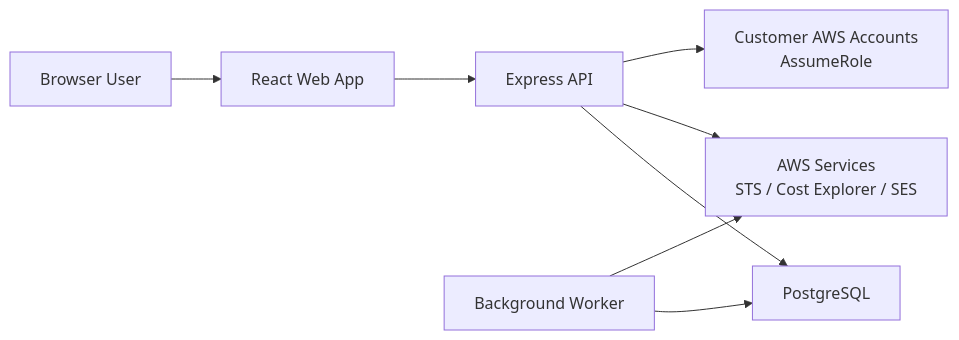
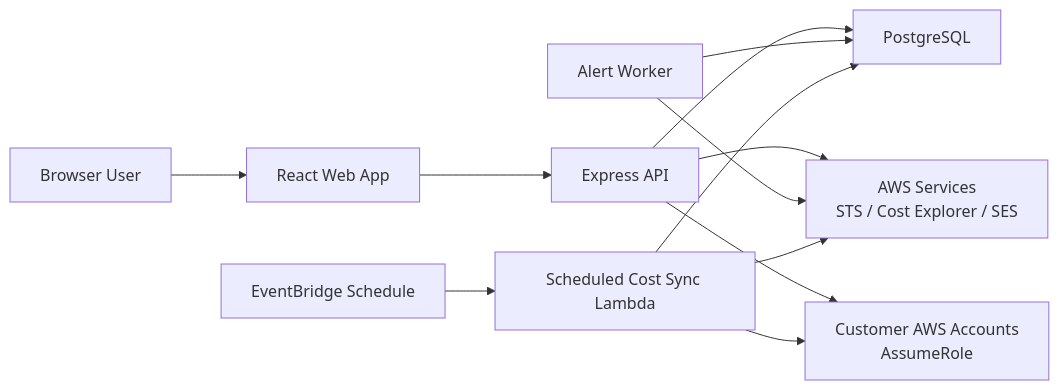
The diagram in README.md (md-dev970/underflow), drawn with Mermaid before and after one commit. The commit also changed other lines of this file, not shown here.

````diff
--- a/README.md
+++ b/README.md
@@ -47,10 +47,14 @@
 ```mermaid
 flowchart LR
     User["Browser User"] --> Web["React Web App"]
     Web --> API["Express API"]
     API --> DB["PostgreSQL"]
     API --> AWS["AWS Services<br/>STS / Cost Explorer / SES"]
-    Worker["Background Worker"] --> DB
+    Worker["Alert Worker"] --> DB
     Worker --> AWS
+    Schedule["EventBridge Schedule"] --> Sync["Scheduled Cost Sync Lambda"]
+    Sync --> DB
+    Sync --> AWS
     API --> Customer["Customer AWS Accounts<br/>AssumeRole"]
+    Sync --> Customer
 ```
````
